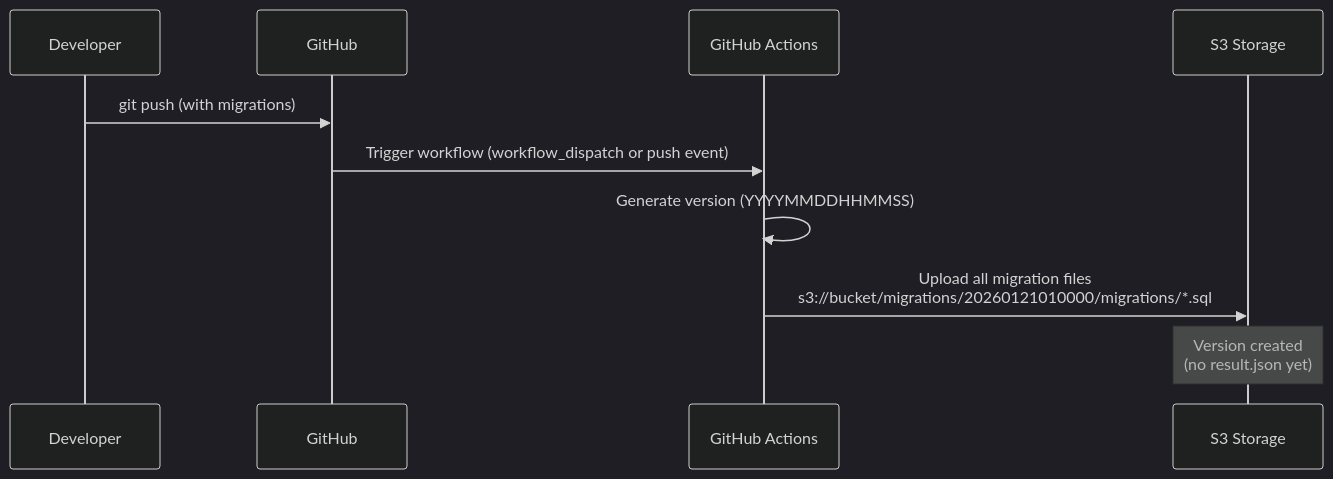
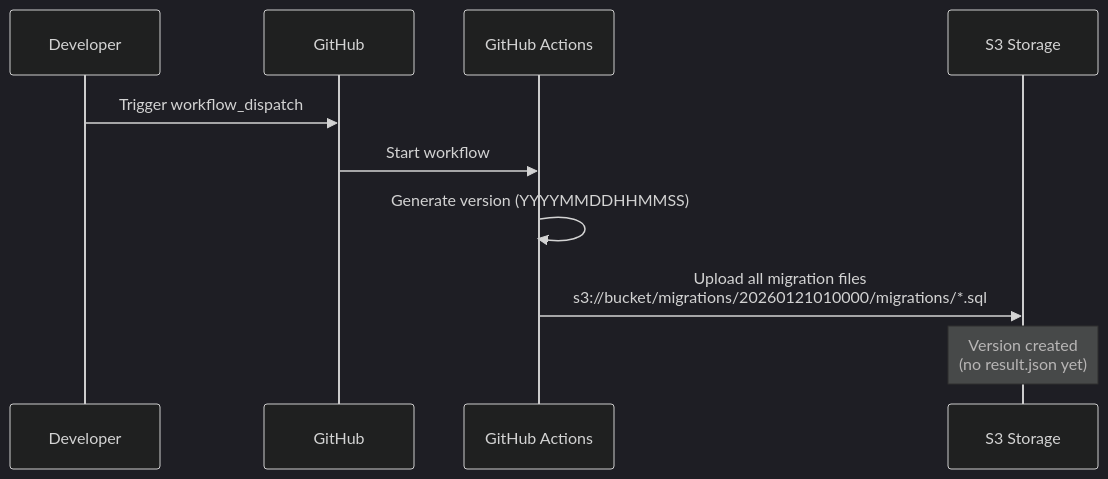
The first of 2 diagrams in README.md (tokuhirom/dbmate-s3-docker), drawn with Mermaid (dark theme) before and after one commit. The commit also changed other lines of this file, not shown here.

Commit message:
Fix trigger description - use workflow_dispatch not git push
- Change diagram: "git push" → "Trigger workflow_dispatch"
- Change diagram: "Trigger workflow (workflow_dispatch or push event)" → "Start workflow"
- Change Key Points: "triggered by git push" → "triggered by workflow_dispatch"

The workflow is triggered by workflow_dispatch, not git push.

````diff
--- a/README.md
+++ b/README.md
@@ -21,13 +21,13 @@
 ```mermaid
 sequenceDiagram
     participant Dev as Developer
     participant GitHub as GitHub
     participant GHA as GitHub Actions
     participant S3 as S3 Storage
 
-    Dev->>GitHub: git push (with migrations)
-    GitHub->>GHA: Trigger workflow (workflow_dispatch or push event)
+    Dev->>GitHub: Trigger workflow_dispatch
+    GitHub->>GHA: Start workflow
     GHA->>GHA: Generate version (YYYYMMDDHHMMSS)
     GHA->>S3: Upload all migration files<br/>s3://bucket/migrations/20260121010000/migrations/*.sql
     Note over S3: Version created<br/>(no result.json yet)
 ```
````
